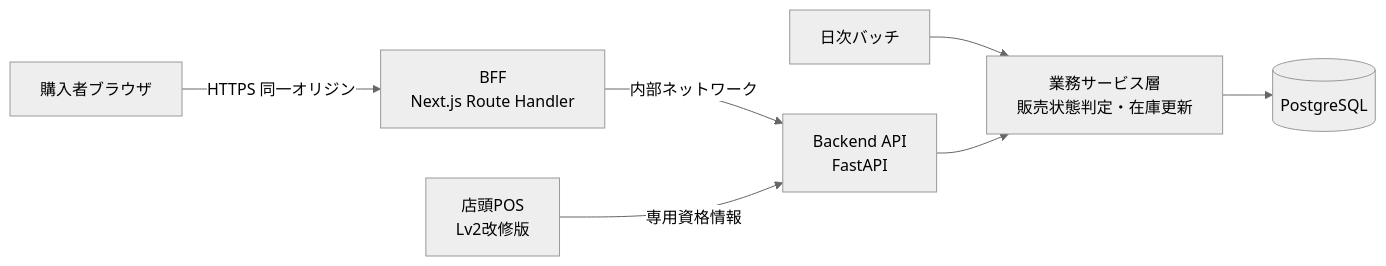
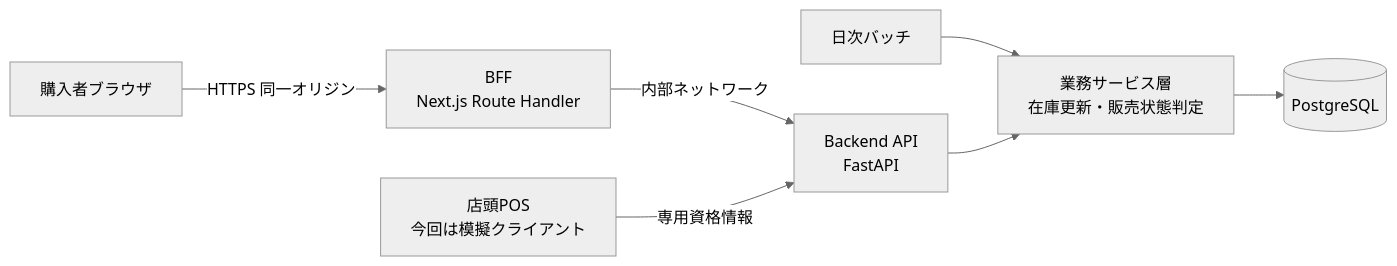
One commit to Nagaoka122/tech0-lv3-ec changed the first of 11 diagrams in 設計仕様書.md. Above: the diagram before and after it, drawn with Mermaid (neutral theme). The commit also changed other lines of this file and 3 other files, not shown here.

````diff
--- a/設計仕様書.md
+++ b/設計仕様書.md
@@ -15,9 +15,9 @@
 ```mermaid
 flowchart LR
     U["購入者ブラウザ"] -->|HTTPS 同一オリジン| BFF["BFF<br/>Next.js Route Handler"]
     BFF -->|内部ネットワーク| API["Backend API<br/>FastAPI"]
-    POS["店頭POS<br/>Lv2改修版"] -->|専用資格情報| API
+    POS["店頭POS<br/>今回は模擬クライアント"] -->|専用資格情報| API
     BATCH["日次バッチ"] --> SVC
-    API --> SVC["業務サービス層<br/>販売状態判定・在庫更新"]
+    API --> SVC["業務サービス層<br/>在庫更新・販売状態判定"]
     SVC --> DB[("PostgreSQL")]
 ```
````
